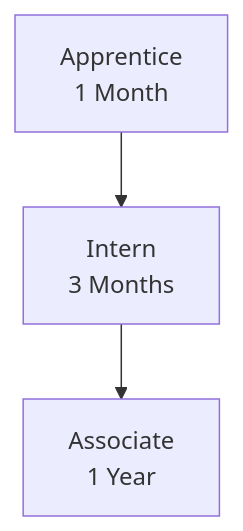
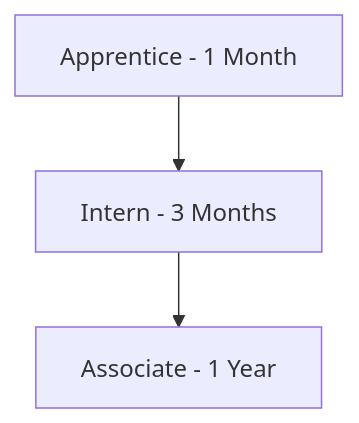
Before and after one commit to RIAHPathway/Website-Draft: diagram 17 of 18 in RIAH-PATHWAY-EXPERIENTIAL-STRUCTURE/EXPERIENTIAL-STRUCTURE.md, drawn with Mermaid. The commit also changed other lines of this file, not shown here.

Commit message:
Fix experiential Mermaid rendering

````diff
--- a/RIAH-PATHWAY-EXPERIENTIAL-STRUCTURE/EXPERIENTIAL-STRUCTURE.md
+++ b/RIAH-PATHWAY-EXPERIENTIAL-STRUCTURE/EXPERIENTIAL-STRUCTURE.md
@@ -1104,5 +1104,5 @@
 ```mermaid
-graph TD
-    A["Apprentice<br/>1 Month"] --> B["Intern<br/>3 Months"]
-    B --> C["Associate<br/>1 Year"]
+flowchart TD
+    A["Apprentice - 1 Month"] --> B["Intern - 3 Months"]
+    B --> C["Associate - 1 Year"]
 ```
````
